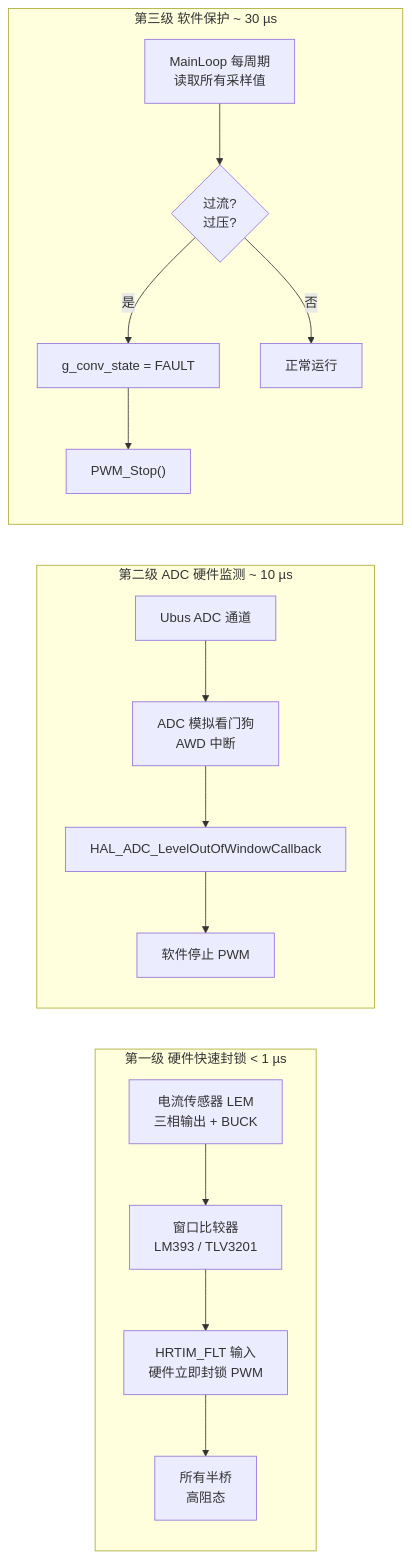
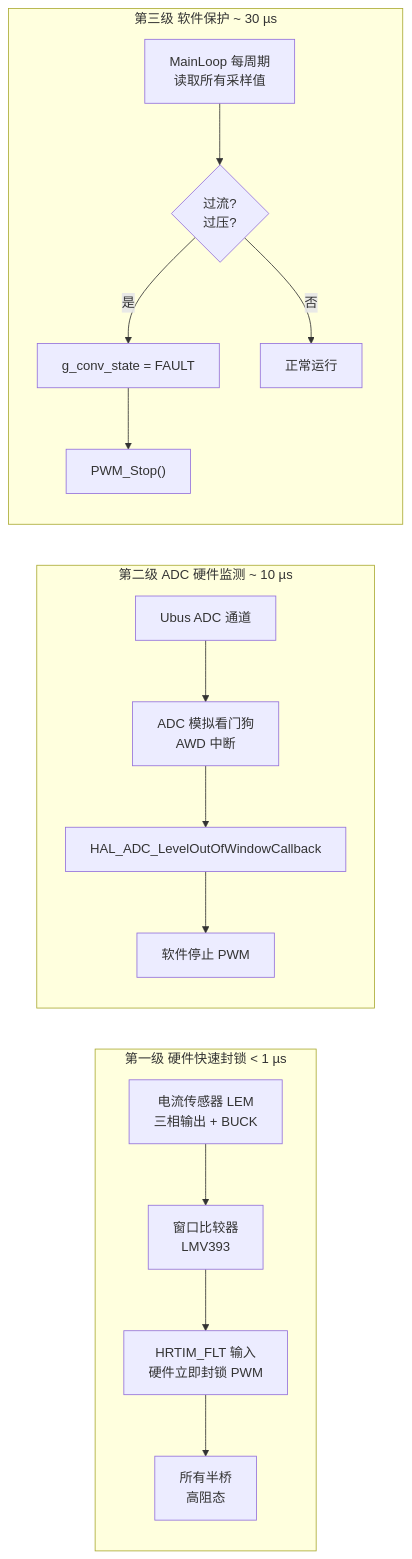
Before and after one commit to TKWTL/NUEDC_PowerElectronics: the third of 3 diagrams in NUEDC_2021B/Firmware_0/readme.md, drawn with Mermaid. The commit also changed other lines of this file and 14 other files, not shown here.

````diff
--- a/NUEDC_2021B/Firmware_0/readme.md
+++ b/NUEDC_2021B/Firmware_0/readme.md
@@ -309,19 +319,19 @@
 ```mermaid
 flowchart LR
     subgraph 第一级[第一级 硬件快速封锁 &lt; 1 µs]
-        A1["电流传感器 LEM<br>三相输出 + BUCK"] --> A2["窗口比较器<br>LM393 / TLV3201"]
+        A1["电流传感器 LEM<br>三相输出 + BUCK"] --> A2["窗口比较器<br>LMV393"]
         A2 --> A3["HRTIM_FLT 输入<br>硬件立即封锁 PWM"]
         A3 --> A4["所有半桥<br>高阻态"]
     end
     subgraph 第二级[第二级 ADC 硬件监测 ~ 10 µs]
         B1["Ubus ADC 通道"] --> B2["ADC 模拟看门狗<br>AWD 中断"]
         B2 --> B3["HAL_ADC_LevelOutOfWindowCallback"]
         B3 --> B4["软件停止 PWM"]
     end
     subgraph 第三级[第三级 软件保护 ~ 30 µs]
         C1["MainLoop 每周期<br>读取所有采样值"] --> C2{"过流?<br>过压?"}
         C2 -->|是| C3["g_conv_state = FAULT"]
         C3 --> C4["PWM_Stop()"]
         C2 -->|否| C5["正常运行"]
     end
 ```
````
